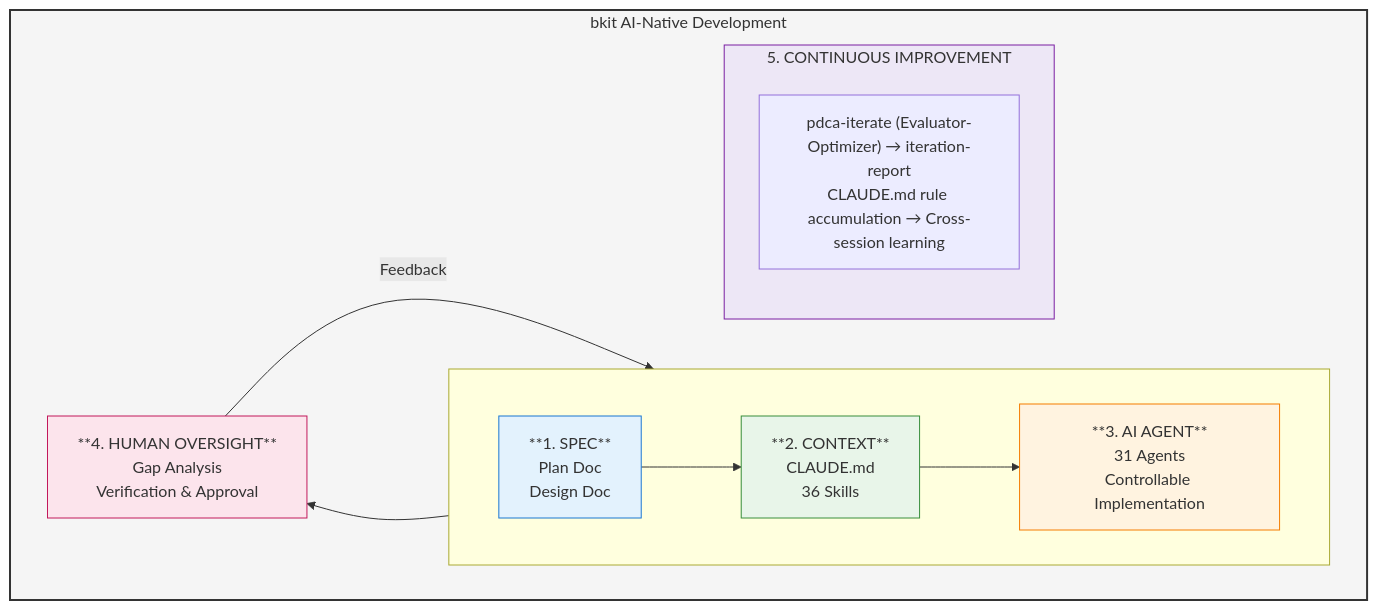
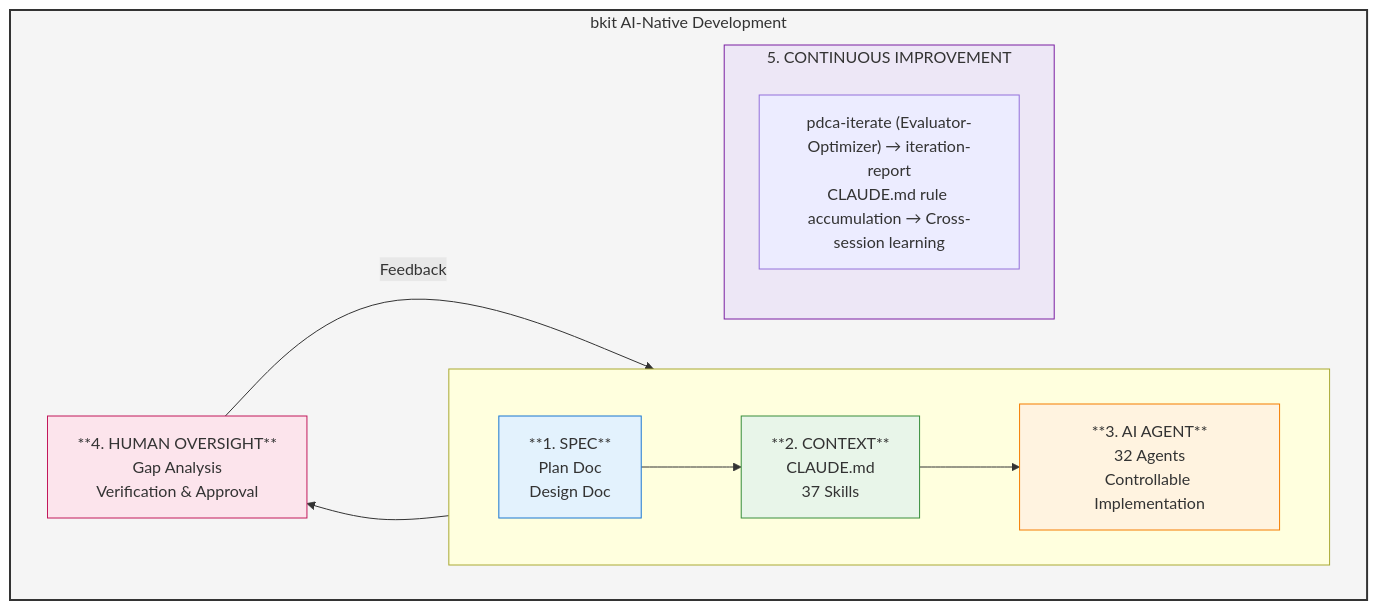
Before and after one commit to popup-studio-ai/bkit-claude-code: the diagram in AI-NATIVE-DEVELOPMENT.md, drawn with Mermaid. The commit also changed other lines of this file and 17 other files, not shown here.

````diff
--- a/AI-NATIVE-DEVELOPMENT.md
+++ b/AI-NATIVE-DEVELOPMENT.md
@@ -9,31 +9,31 @@
 ```mermaid
 flowchart TB
     subgraph MAIN["bkit AI-Native Development"]
         direction LR
 
         subgraph ROW1[" "]
             direction LR
             SPEC["**1. SPEC**<br/>Plan Doc<br/>Design Doc"]
-            CONTEXT["**2. CONTEXT**<br/>CLAUDE.md<br/>36 Skills"]
-            AGENT["**3. AI AGENT**<br/>31 Agents<br/>Controllable Implementation"]
+            CONTEXT["**2. CONTEXT**<br/>CLAUDE.md<br/>37 Skills"]
+            AGENT["**3. AI AGENT**<br/>32 Agents<br/>Controllable Implementation"]
         end
 
         OVERSIGHT["**4. HUMAN OVERSIGHT**<br/>Gap Analysis<br/>Verification & Approval"]
 
         subgraph IMPROVE["5. CONTINUOUS IMPROVEMENT"]
             IMP_CONTENT["pdca-iterate (Evaluator-Optimizer) → iteration-report<br/>CLAUDE.md rule accumulation → Cross-session learning"]
         end
     end
 
     SPEC --> CONTEXT
     CONTEXT --> AGENT
     AGENT --> OVERSIGHT
     OVERSIGHT -->|"Feedback"| SPEC
 
     style MAIN fill:#f5f5f5,stroke:#333,stroke-width:2px
     style SPEC fill:#e3f2fd,stroke:#1976d2
     style CONTEXT fill:#e8f5e9,stroke:#388e3c
     style AGENT fill:#fff3e0,stroke:#f57c00
     style OVERSIGHT fill:#fce4ec,stroke:#c2185b
     style IMPROVE fill:#ede7f6,stroke:#7b1fa2
 ```
````
